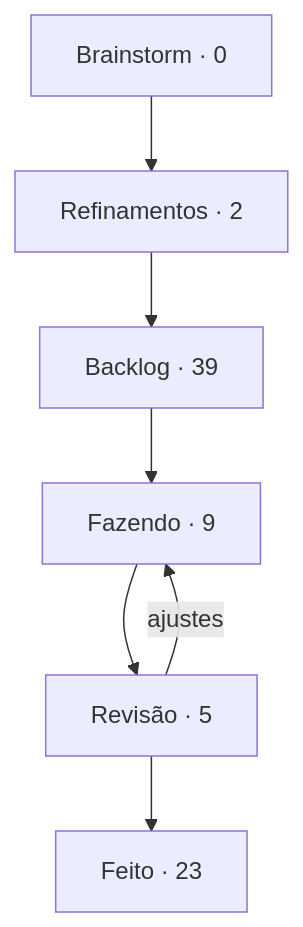
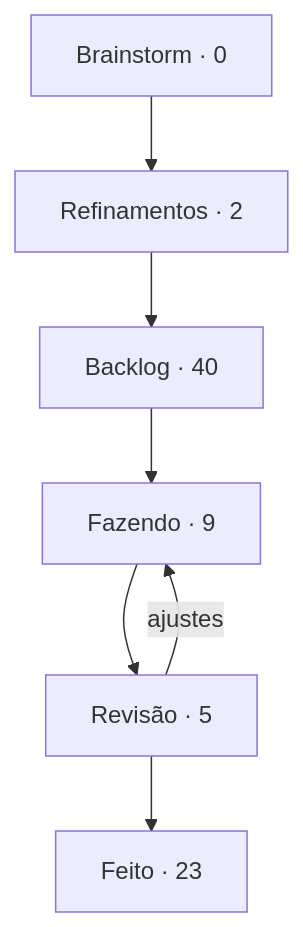
The diagram in boards/dungeon-bend/BOARD.md (StudioVibi/VibiKanban), drawn with Mermaid before and after one commit. The commit also changed other lines of this file and 2 other files, not shown here.

````diff
--- a/boards/dungeon-bend/BOARD.md
+++ b/boards/dungeon-bend/BOARD.md
@@ -5,12 +5,12 @@
 ```mermaid
 flowchart TD
   brainstorm["Brainstorm · 0"] --> refinamentos["Refinamentos · 2"]
-  refinamentos --> backlog["Backlog · 39"]
+  refinamentos --> backlog["Backlog · 40"]
   backlog --> doing["Fazendo · 9"]
   doing --> review["Revisão · 5"]
   review --> done["Feito · 23"]
   review -->|ajustes| doing
   doing:::blue
   review:::yellow
   done:::green
 ```
````
